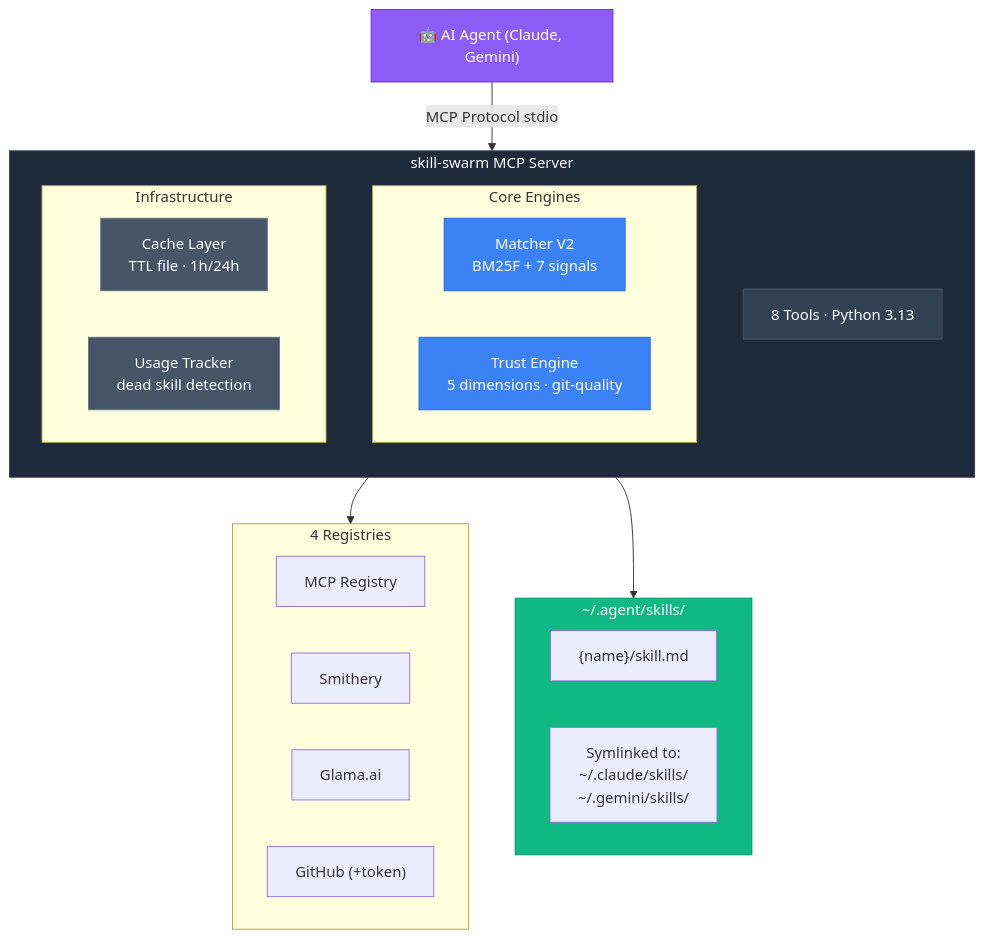
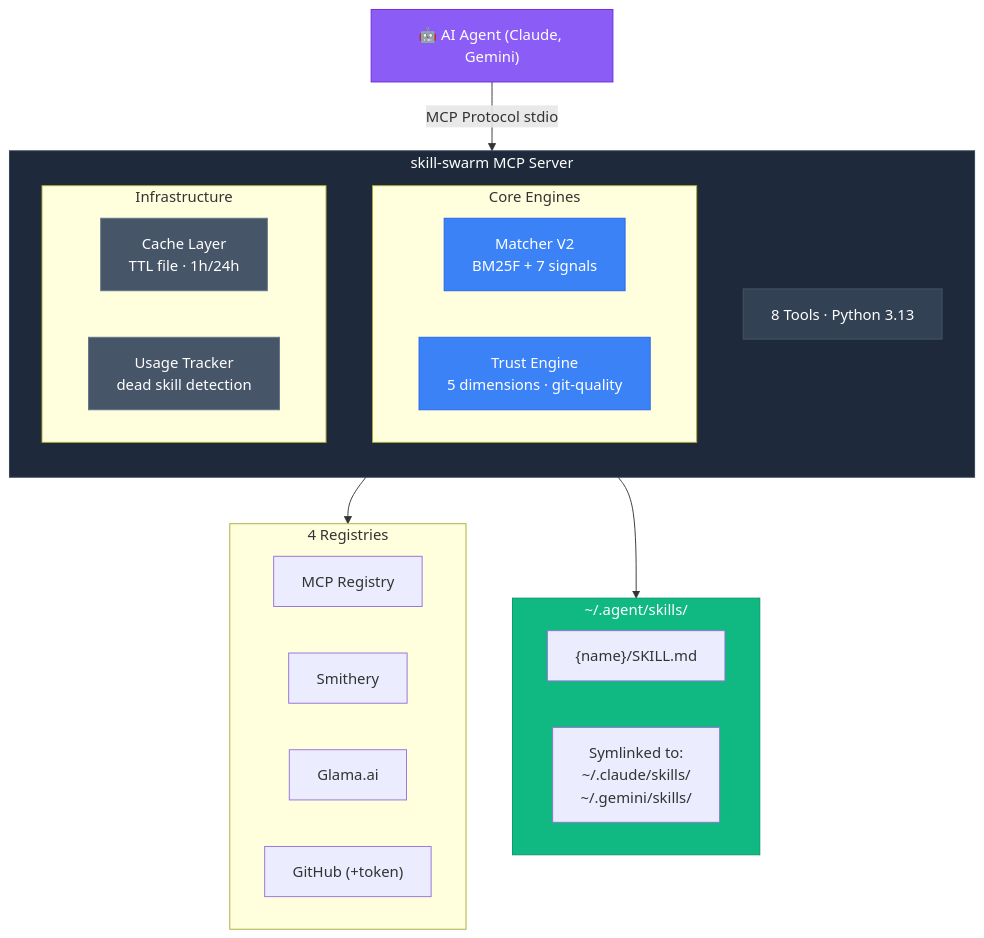
The second of 5 diagrams in README.md (ancrz/skill-swarm-mcp), drawn with Mermaid before and after one commit. The commit also changed other lines of this file and 7 other files, not shown here.

````diff
--- a/README.md
+++ b/README.md
@@ -59,42 +59,42 @@
 ```mermaid
 graph TB
     Agent["🤖 AI Agent (Claude, Gemini)"]
     Agent -->|MCP Protocol stdio| Server
 
     subgraph Server["skill-swarm MCP Server"]
         direction TB
         Tools["8 Tools · Python 3.13"]
         subgraph Core["Core Engines"]
             Matcher["Matcher V2<br/>BM25F + 7 signals"]
             Trust["Trust Engine<br/>5 dimensions · git-quality"]
         end
         subgraph Infra["Infrastructure"]
             Cache["Cache Layer<br/>TTL file · 1h/24h"]
             Usage["Usage Tracker<br/>dead skill detection"]
         end
     end
 
     Server --> Registries
     Server --> Skills
 
     subgraph Registries["4 Registries"]
         MCP["MCP Registry"]
         Smithery["Smithery"]
         Glama["Glama.ai"]
         GitHub["GitHub (+token)"]
     end
 
     subgraph Skills["~/.agent/skills/"]
-        SkillFile["{name}/skill.md"]
+        SkillFile["{name}/SKILL.md"]
         Symlinks["Symlinked to:<br/>~/.claude/skills/<br/>~/.gemini/skills/"]
     end
 
     style Agent fill:#8B5CF6,stroke:#6D28D9,color:#fff
     style Server fill:#1E293B,stroke:#334155,color:#fff
     style Tools fill:#334155,stroke:#475569,color:#fff
     style Matcher fill:#3B82F6,stroke:#2563EB,color:#fff
     style Trust fill:#3B82F6,stroke:#2563EB,color:#fff
     style Cache fill:#475569,stroke:#64748B,color:#fff
     style Usage fill:#475569,stroke:#64748B,color:#fff
     style Skills fill:#10B981,stroke:#059669,color:#fff
 ```
````
